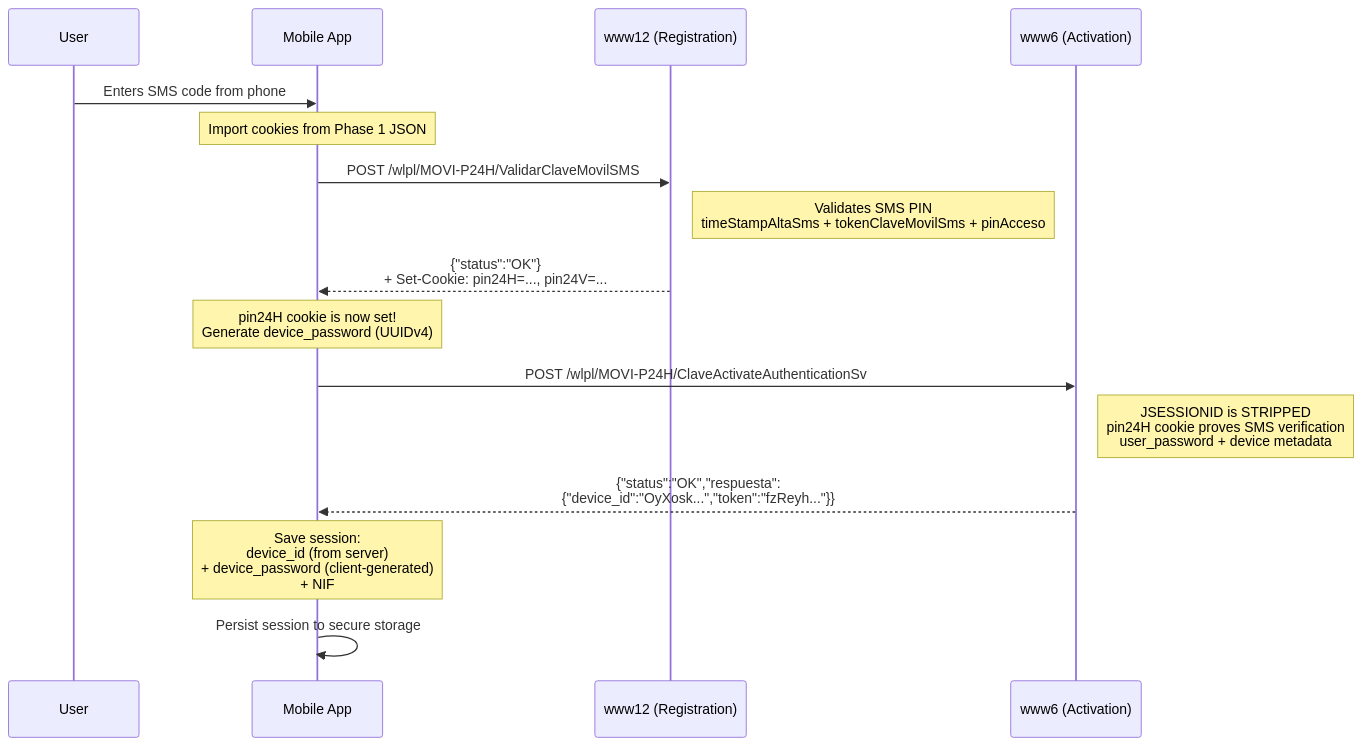
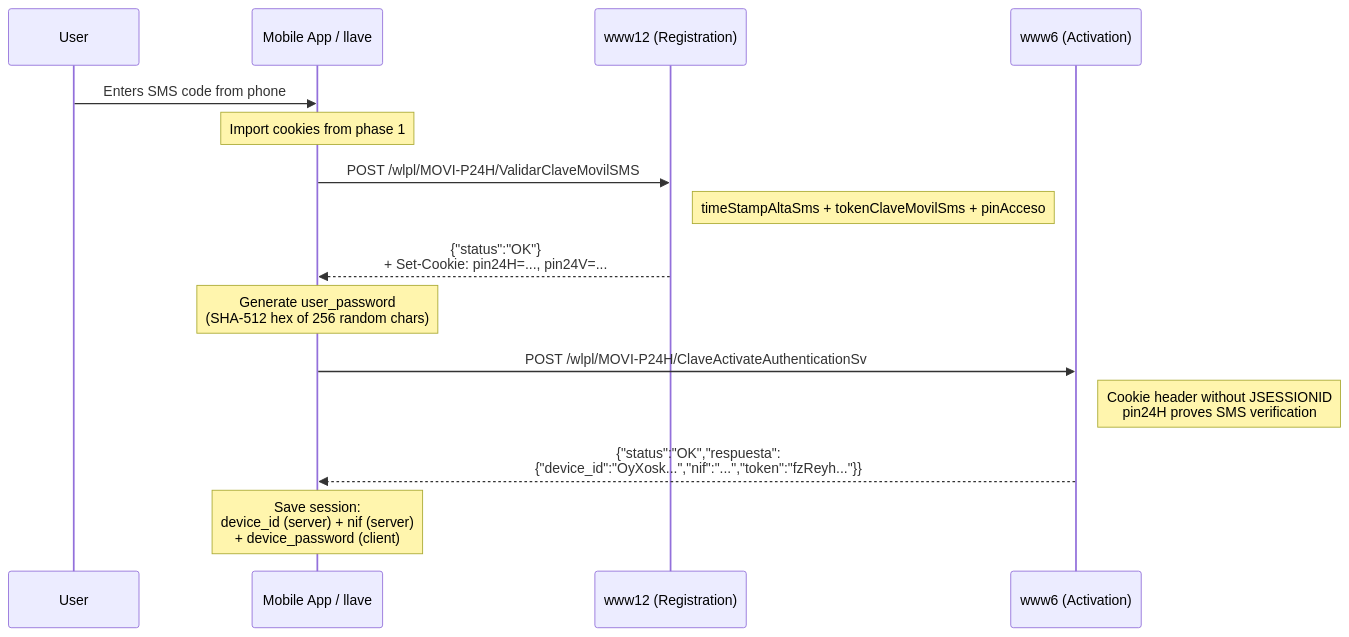
One commit to gabela-io/llave changed the second of 4 diagrams in book/src/authentication-flows/dni-nie-sms-activation.md. Above: the diagram before and after it, drawn with Mermaid. The commit also changed other lines of this file and 27 other files, not shown here.

````diff
--- a/book/src/authentication-flows/dni-nie-sms-activation.md
+++ b/book/src/authentication-flows/dni-nie-sms-activation.md
@@ -71,25 +71,23 @@
 ```mermaid
 sequenceDiagram
     participant User as User
-    participant App as Mobile App
+    participant App as Mobile App / llave
     participant www12 as www12 (Registration)
     participant www6 as www6 (Activation)
 
     User->>App: Enters SMS code from phone
 
-    Note over App: Import cookies from Phase 1 JSON
+    Note over App: Import cookies from phase 1
 
     App->>www12: POST /wlpl/MOVI-P24H/ValidarClaveMovilSMS
-    Note right of www12: Validates SMS PIN<br/>timeStampAltaSms + tokenClaveMovilSms + pinAcceso
+    Note right of www12: timeStampAltaSms + tokenClaveMovilSms + pinAcceso
     www12-->>App: {"status":"OK"}<br/>+ Set-Cookie: pin24H=..., pin24V=...
 
-    Note over App: pin24H cookie is now set!<br/>Generate device_password (UUIDv4)
+    Note over App: Generate user_password<br/>(SHA-512 hex of 256 random chars)
 
     App->>www6: POST /wlpl/MOVI-P24H/ClaveActivateAuthenticationSv
-    Note right of www6: JSESSIONID is STRIPPED<br/>pin24H cookie proves SMS verification<br/>user_password + device metadata
-    www6-->>App: {"status":"OK","respuesta":<br/>{"device_id":"OyXosk...","token":"fzReyh..."}}
+    Note right of www6: Cookie header without JSESSIONID<br/>pin24H proves SMS verification
+    www6-->>App: {"status":"OK","respuesta":<br/>{"device_id":"OyXosk...","nif":"...","token":"fzReyh..."}}
 
-    Note over App: Save session:<br/>device_id (from server)<br/>+ device_password (client-generated)<br/>+ NIF
-
-    App->>App: Persist session to secure storage
+    Note over App: Save session:<br/>device_id (server) + nif (server)<br/>+ device_password (client)
 ```
````
